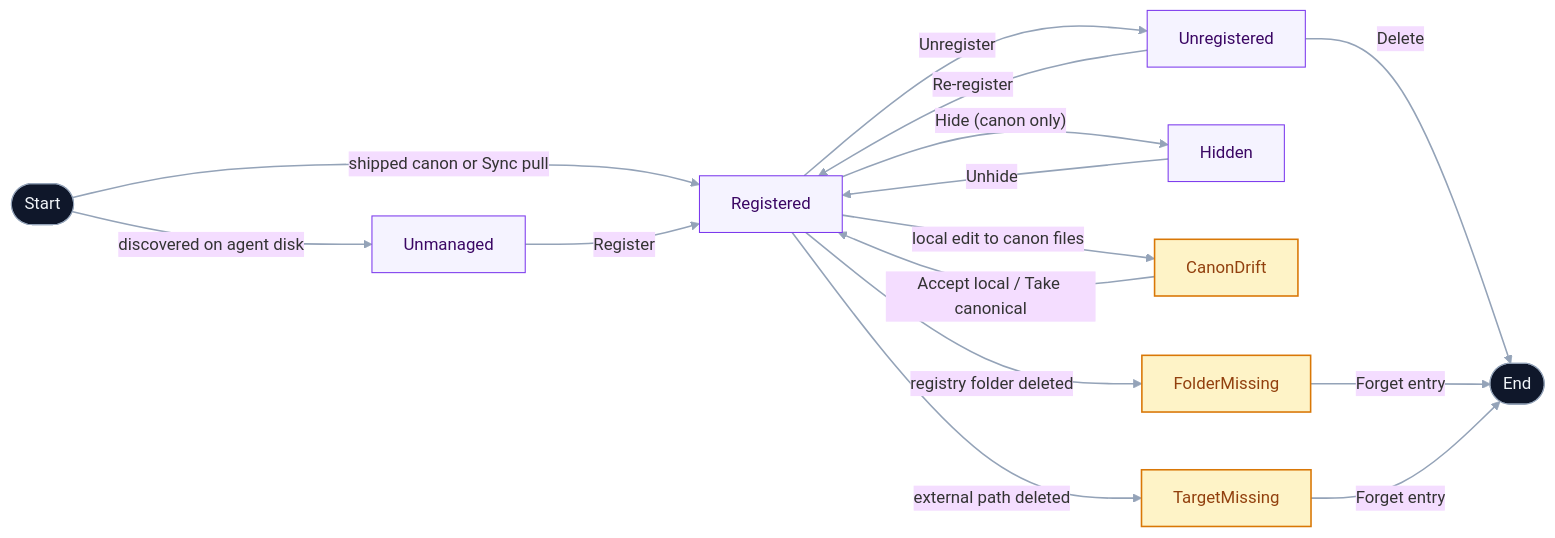
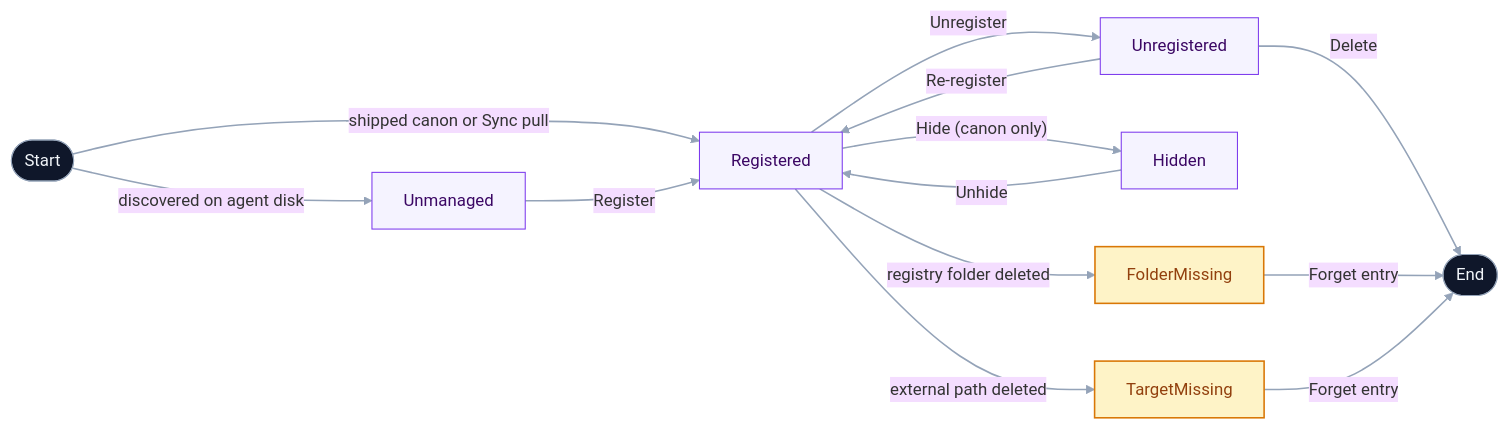
One commit to Tyler-Reagan/skills-bank changed the diagram in packages/docs/concepts.md. Above: the diagram before and after it, drawn with Mermaid. The commit also changed other lines of this file and 5 other files, not shown here.

First line of the commit message:
docs(site): accuracy pass — drop CLI/publish/canon-drift staleness, fix tab name

````diff
--- a/packages/docs/concepts.md
+++ b/packages/docs/concepts.md
@@ -25,42 +25,40 @@
 ```mermaid
 ---
 config:
   theme: base
   flowchart:
     nodeSpacing: 55
     rankSpacing: 85
     curve: basis
 ---
 flowchart LR
     classDef heal fill:#fef3c7,stroke:#d97706,color:#92400e,stroke-width:1.5px
     classDef terminal fill:#0f172a,stroke:#94a3b8,color:#f1f5f9
     classDef state fill:#f5f3ff,stroke:#7c3aed,color:#3b0764
 
     Start([Start]):::terminal
     Done([End]):::terminal
     Unmanaged:::state
     Registered:::state
     Unregistered:::state
     Hidden:::state
 
     Start -->|"discovered on agent disk"| Unmanaged
     Start -->|"shipped canon or Sync pull"| Registered
     Unmanaged -->|"Register"| Registered
     Registered -->|"Unregister"| Unregistered
     Unregistered -->|"Re-register"| Registered
     Unregistered -->|"Delete"| Done
 
     Registered -->|"Hide (canon only)"| Hidden
     Hidden -->|"Unhide"| Registered
 
-    Registered -->|"local edit to canon files"| CanonDrift
-    CanonDrift -->|"Accept local / Take canonical"| Registered
     Registered -->|"registry folder deleted"| FolderMissing
     FolderMissing -->|"Forget entry"| Done
     Registered -->|"external path deleted"| TargetMissing
     TargetMissing -->|"Forget entry"| Done
 
-    class CanonDrift,FolderMissing,TargetMissing heal
+    class FolderMissing,TargetMissing heal
 
     linkStyle default stroke:#94a3b8,stroke-width:1.5px,fill:none
 ```
````
